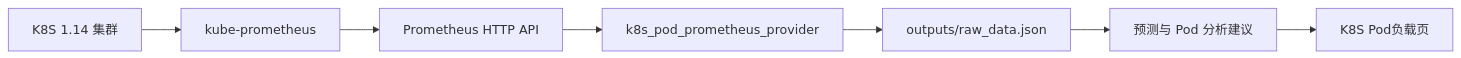
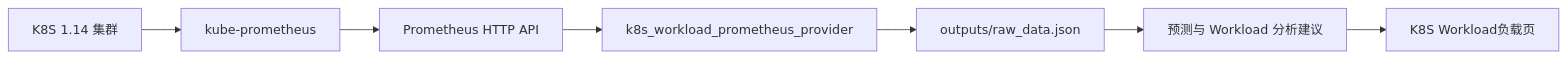
Before and after one commit to zorocui/resource_predict: the fifth of 7 diagrams in README.md, drawn with Mermaid. The commit also changed other lines of this file and 40 other files, not shown here.

````diff
--- a/README.md
+++ b/README.md
@@ -369,9 +473,9 @@
 ```mermaid
 flowchart LR
     K8S["K8S 1.14 集群"] --> KP["kube-prometheus"]
     KP --> P["Prometheus HTTP API"]
-    P --> Provider["k8s_pod_prometheus_provider"]
+    P --> Provider["k8s_workload_prometheus_provider"]
     Provider --> Raw["outputs/raw_data.json"]
-    Raw --> Pipeline["预测与 Pod 分析建议"]
-    Pipeline --> UI["K8S Pod负载页"]
+    Raw --> Pipeline["预测与 Workload 分析建议"]
+    Pipeline --> UI["K8S Workload负载页"]
 ```
````
